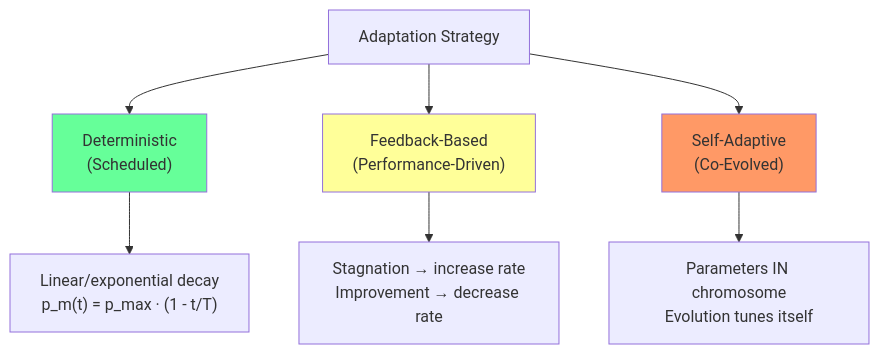
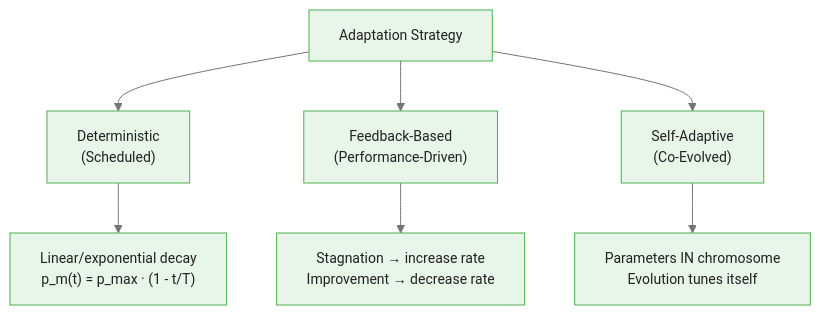
One commit to m-deane/course-creator changed the first of 4 diagrams in courses/genetic-algorithms-feature-selection/modules/module_05_advanced/guides/03_adaptive_operators_slides.md. Above: the diagram before and after it, drawn with Mermaid. The commit also changed other lines of this file and 52 other files, not shown here.

````diff
--- a/courses/genetic-algorithms-feature-selection/modules/module_05_advanced/guides/03_adaptive_operators_slides.md
+++ b/courses/genetic-algorithms-feature-selection/modules/module_05_advanced/guides/03_adaptive_operators_slides.md
@@ -44,12 +44,10 @@
 ```mermaid
+%%{init: {"theme": "base", "themeVariables": {"primaryColor": "#e8f5e9", "primaryBorderColor": "#4caf50", "primaryTextColor": "#212121", "secondaryColor": "#e3f2fd", "tertiaryColor": "#fff8e1", "lineColor": "#757575", "fontFamily": "Inter, sans-serif", "fontSize": "14px"}}}%%
 flowchart TD
     A[Adaptation Strategy] --> B["Deterministic<br/>(Scheduled)"]
     A --> C["Feedback-Based<br/>(Performance-Driven)"]
     A --> D["Self-Adaptive<br/>(Co-Evolved)"]
     B --> B1["Linear/exponential decay<br/>p_m(t) = p_max · (1 - t/T)"]
     C --> C1["Stagnation → increase rate<br/>Improvement → decrease rate"]
     D --> D1["Parameters IN chromosome<br/>Evolution tunes itself"]
-    style B fill:#6f9
-    style C fill:#ff9
-    style D fill:#f96
 ```
````
